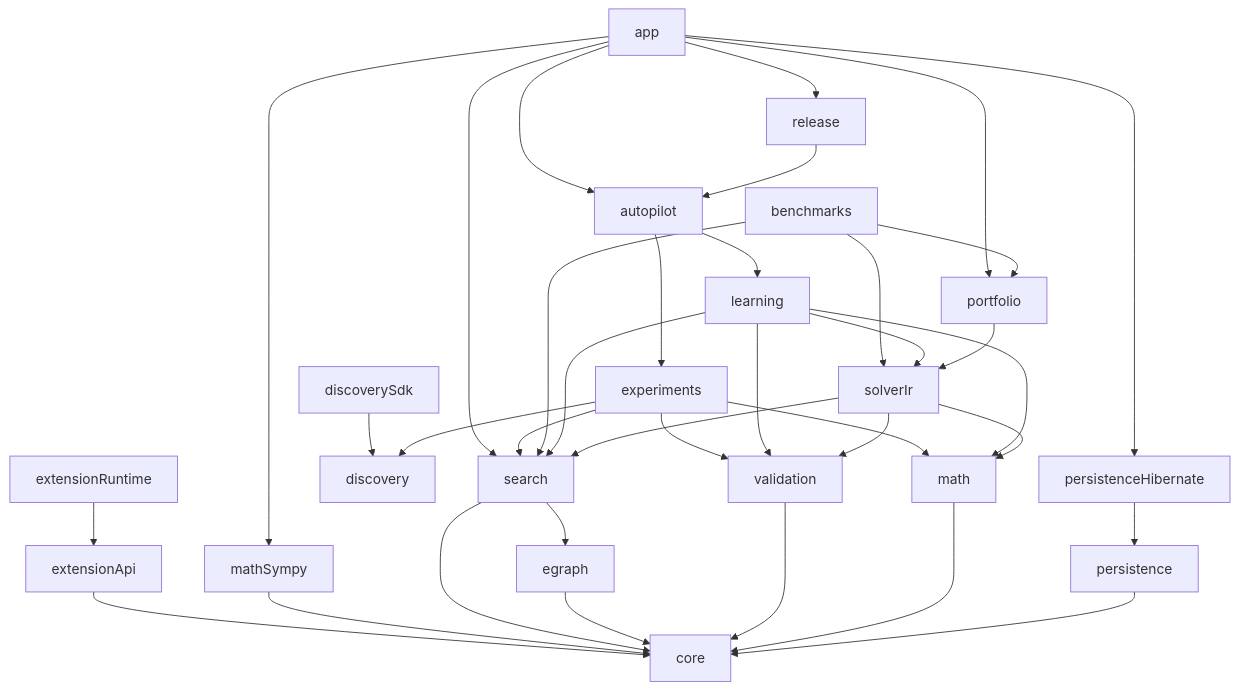
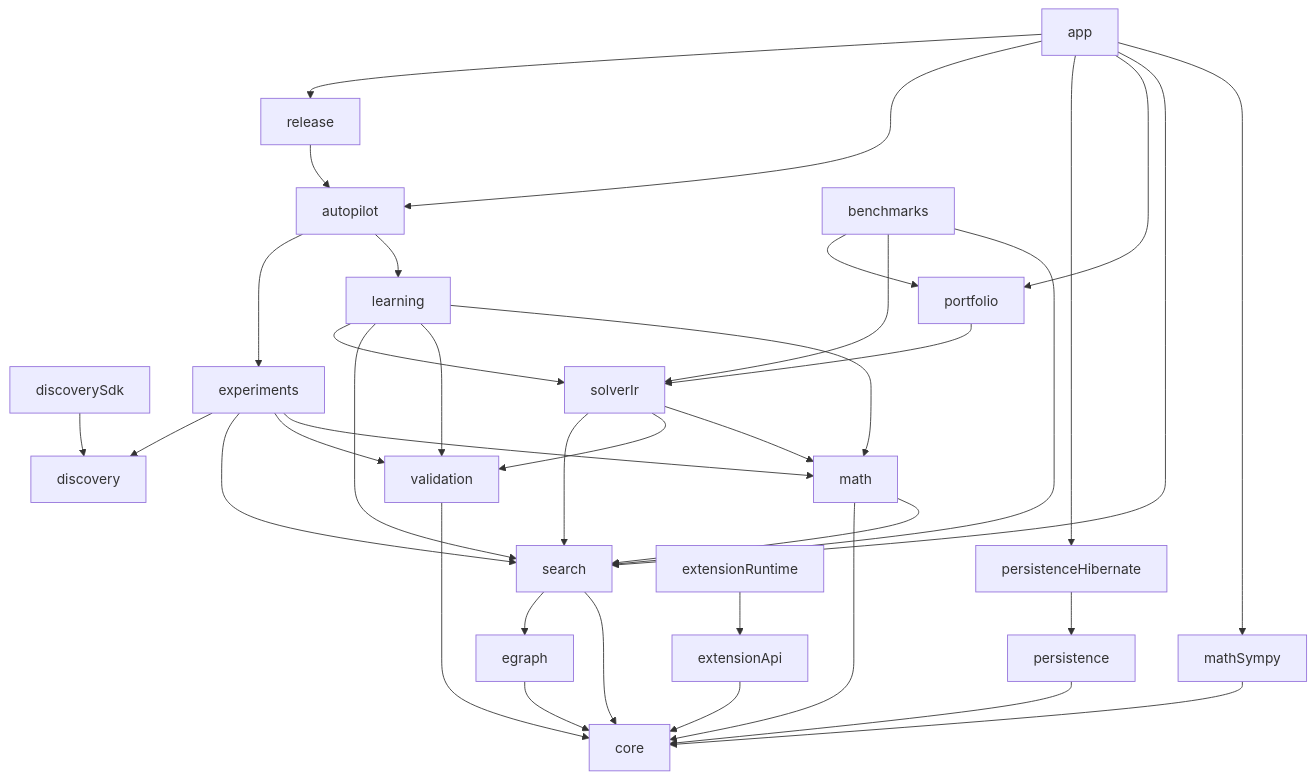
The diagram in docs/dependency-rules.md (carstenartur/Regelsuche), drawn with Mermaid before and after one commit. The commit also changed other lines of this file and 35 other files, not shown here.

````diff
--- a/docs/dependency-rules.md
+++ b/docs/dependency-rules.md
@@ -12,46 +12,47 @@
 ```mermaid
 flowchart TD
     app --> release
     app --> autopilot
     app --> persistenceHibernate
     app --> portfolio
     app --> search
     app --> mathSympy
 
     discoverySdk --> discovery
     extensionRuntime --> extensionApi
     extensionApi --> core
 
     release --> autopilot
     autopilot --> experiments
     autopilot --> learning
 
     experiments --> discovery
     experiments --> search
     experiments --> validation
     experiments --> math
 
     benchmarks --> portfolio
     benchmarks --> solverIr
     benchmarks --> search
 
     learning --> solverIr
     learning --> search
     learning --> validation
     learning --> math
 
     persistenceHibernate --> persistence
 
     portfolio --> solverIr
     solverIr --> search
     solverIr --> validation
     solverIr --> math
 
     mathSympy --> core
     search --> egraph
     search --> core
     egraph --> core
     validation --> core
     math --> core
+    math --> search
     persistence --> core
 ```
````
